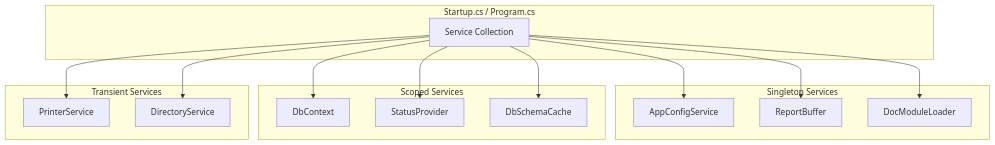
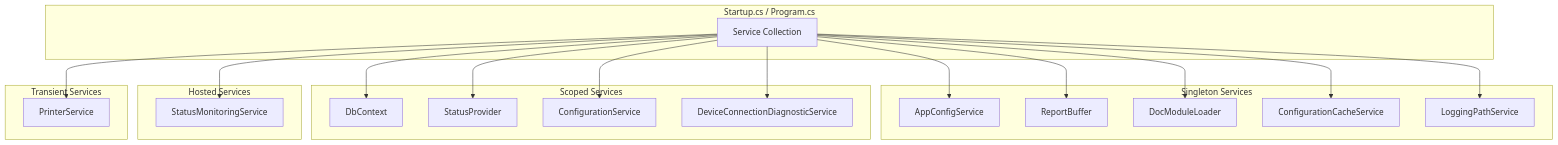
One commit to tn-ivk/tn-doc changed the fifth of 10 diagrams in docs/architecture/overview.md. Above: the diagram before and after it, drawn with Mermaid. The commit also changed other lines of this file and 8 other files, not shown here.

````diff
--- a/docs/architecture/overview.md
+++ b/docs/architecture/overview.md
@@ -197,32 +203,41 @@
 ```mermaid
 graph TB
     subgraph "Startup.cs / Program.cs"
         SC[Service Collection]
     end
 
     subgraph "Singleton Services"
         AppConfig[AppConfigService]
         ReportBuffer[ReportBuffer]
         DocLoader[DocModuleLoader]
+        ConfigCache[ConfigurationCacheService]
+        LogPath[LoggingPathService]
     end
 
     subgraph "Scoped Services"
         DbCtx[DbContext]
         StatusProv[StatusProvider]
-        SchemaCache[DbSchemaCache]
+        ConfigSvc[ConfigurationService]
+        DiagSvc[DeviceConnectionDiagnosticService]
+    end
+
+    subgraph "Hosted Services"
+        Monitor[StatusMonitoringService]
     end
 
     subgraph "Transient Services"
         Printer[PrinterService]
-        Directory[DirectoryService]
     end
 
     SC --> AppConfig
     SC --> ReportBuffer
     SC --> DocLoader
+    SC --> ConfigCache
+    SC --> LogPath
     SC --> DbCtx
     SC --> StatusProv
-    SC --> SchemaCache
+    SC --> ConfigSvc
+    SC --> DiagSvc
+    SC --> Monitor
     SC --> Printer
-    SC --> Directory
 ```
````
